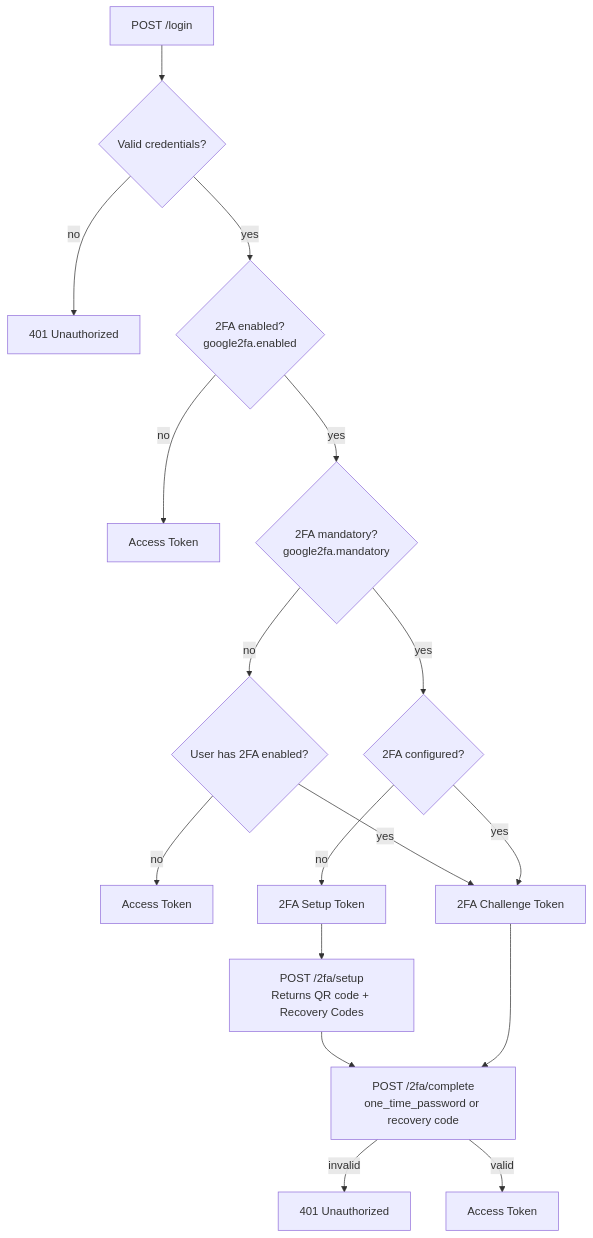
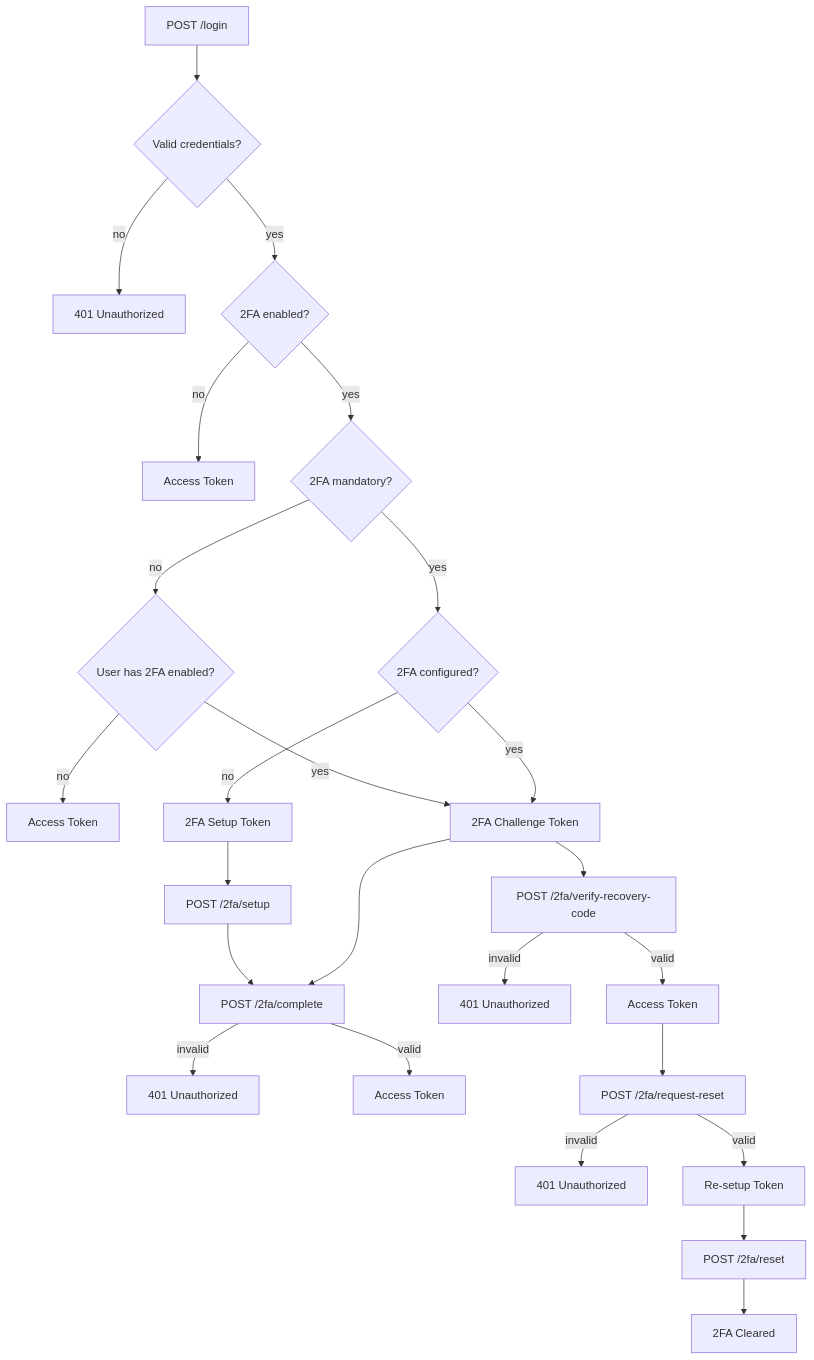
One commit to Light-it-labs/lightit-auth-laravel changed the diagram in docs/google-2fa.md. Above: the diagram before and after it, drawn with Mermaid. The commit also changed other lines of this file and 10 other files, not shown here.

Commit message:
feat: add reset 2fa flows

````diff
--- a/docs/google-2fa.md
+++ b/docs/google-2fa.md
@@ -102,24 +114,34 @@
 ```mermaid
 flowchart TD
     Login[POST /login] --> ValidateCreds{Valid credentials?}
     ValidateCreds -- no --> E401[401 Unauthorized]
-    ValidateCreds -- yes --> AppHas2FA{2FA enabled?\ngoogle2fa.enabled}
+    ValidateCreds -- yes --> AppHas2FA{2FA enabled?}
 
     AppHas2FA -- no --> JWT1[Access Token]
-    AppHas2FA -- yes --> IsMandatory{2FA mandatory?\ngoogle2fa.mandatory}
+    AppHas2FA -- yes --> IsMandatory{2FA mandatory?}
 
     IsMandatory -- no --> UserHas2FA{User has 2FA enabled?}
     UserHas2FA -- no --> JWT2[Access Token]
     UserHas2FA -- yes --> ChallengeToken[2FA Challenge Token]
 
     IsMandatory -- yes --> IsSetup{2FA configured?}
     IsSetup -- no --> SetupToken[2FA Setup Token]
-    SetupToken --> Setup[POST /2fa/setup\nReturns QR code + Recovery Codes]
+    SetupToken --> Setup[POST /2fa/setup]
     Setup --> Complete
 
     IsSetup -- yes --> ChallengeToken
-    ChallengeToken --> Complete[POST /2fa/complete\none_time_password or recovery code]
+    ChallengeToken --> Complete[POST /2fa/complete]
+    ChallengeToken --> RecoveryCode[POST /2fa/verify-recovery-code]
 
     Complete -- invalid --> E401_2[401 Unauthorized]
     Complete -- valid --> JWT3[Access Token]
+
+    RecoveryCode -- invalid --> E401_3[401 Unauthorized]
+    RecoveryCode -- valid --> JWT4[Access Token]
+
+    JWT4 --> Password[POST /2fa/request-reset]
+    Password -- invalid --> E401_4[401 Unauthorized]
+    Password -- valid --> ResetToken[Re-setup Token]
+    ResetToken --> Reset[POST /2fa/reset]
+    Reset --> Cleared[2FA Cleared]
 ```
````
